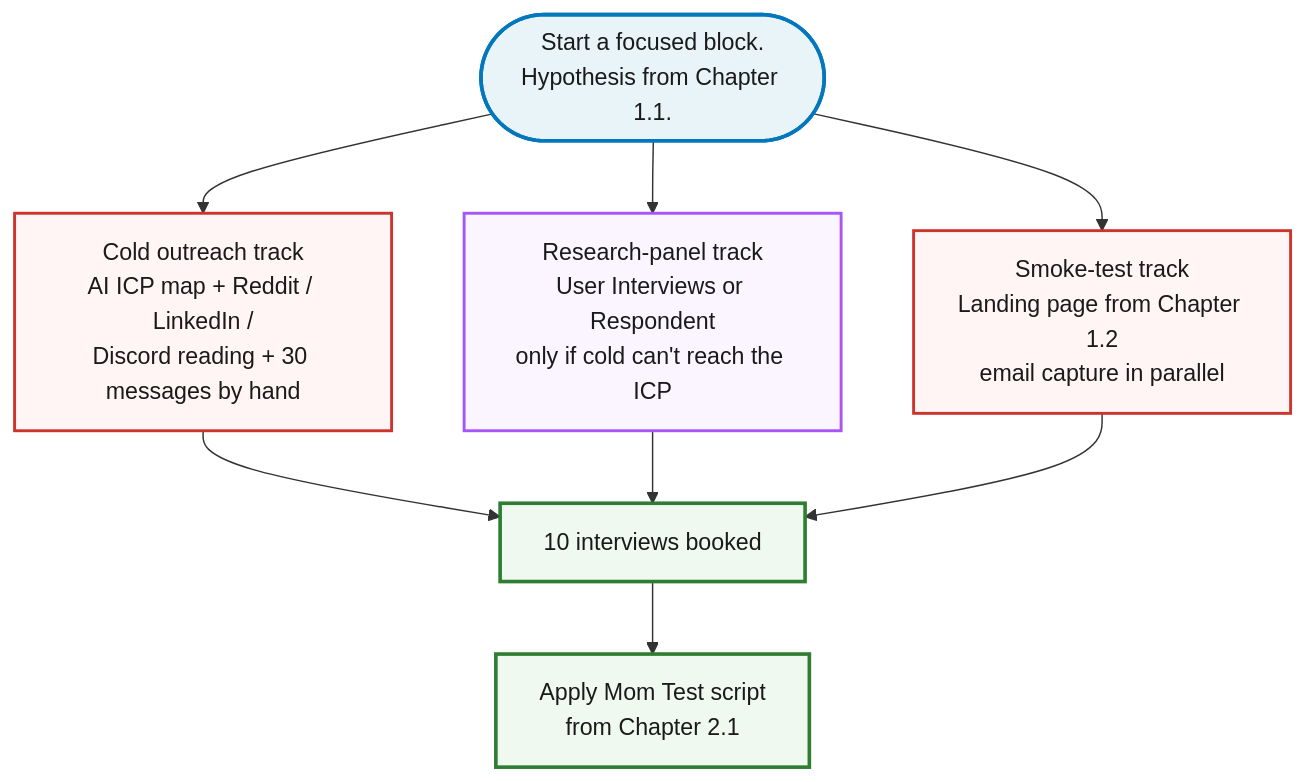
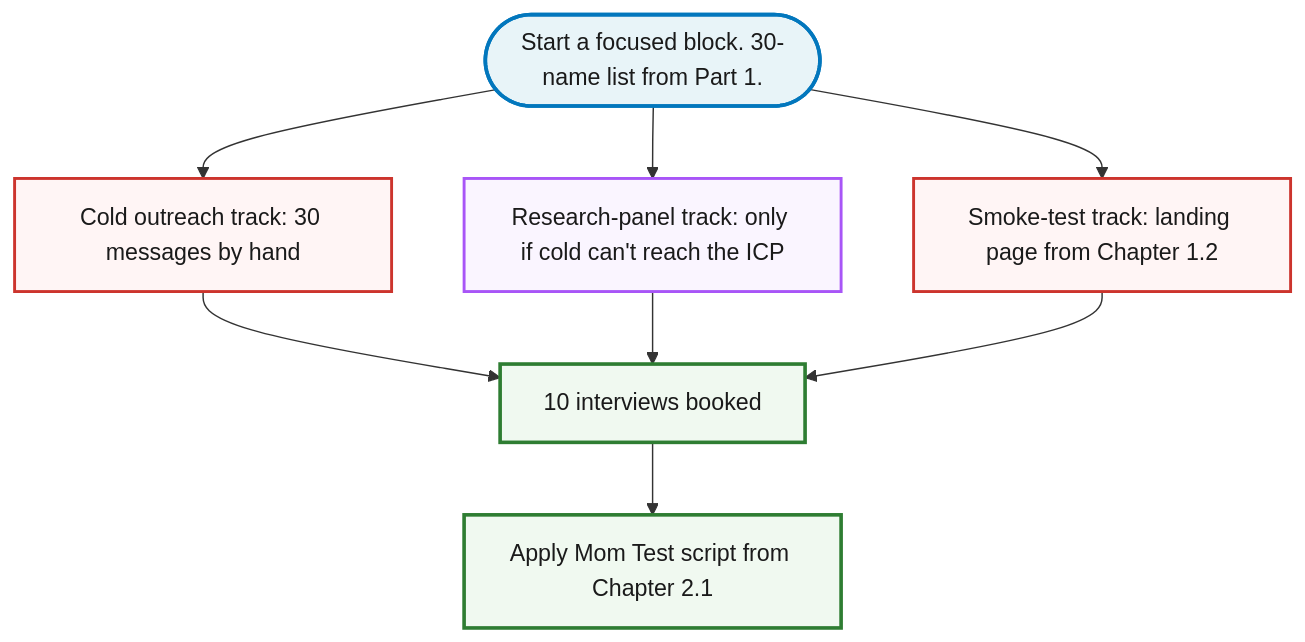
One commit to jetthoughts/jetthoughts.github.io changed the diagram in content/course/tech-for-non-technical-founders-2026/find-10-people-with-problem-outreach-2026/index.md. Above: the diagram before and after it, drawn with Mermaid. The commit also changed other lines of this file and 31 other files, not shown here.

````diff
--- a/content/course/tech-for-non-technical-founders-2026/find-10-people-with-problem-outreach-2026/index.md
+++ b/content/course/tech-for-non-technical-founders-2026/find-10-people-with-problem-outreach-2026/index.md
@@ -255,22 +133,22 @@
 ```mermaid
 %%{init: {'theme':'base', 'themeVariables': {'fontFamily':'Caveat, Patrick Hand, cursive', 'primaryColor':'#fff5f5', 'primaryBorderColor':'#cc342d', 'lineColor':'#333', 'primaryTextColor':'#1a1a1a'}}}%%
 flowchart TD
-    A(["Start a focused block.<br/>Hypothesis from Chapter 1.1."])
-    A --> B[Cold outreach track<br/>AI ICP map + Reddit / LinkedIn /<br/>Discord reading + 30 messages by hand]
-    A --> C[Research-panel track<br/>User Interviews or Respondent<br/>only if cold can't reach the ICP]
-    A --> D[Smoke-test track<br/>Landing page from Chapter 1.2<br/>email capture in parallel]
+    A(["Start a focused block. 30-name list from Part 1."])
+    A --> B[Cold outreach track: 30 messages by hand]
+    A --> C[Research-panel track: only if cold can't reach the ICP]
+    A --> D[Smoke-test track: landing page from Chapter 1.2]
     B --> E[10 interviews booked]
     C --> E
     D --> E
-    E --> F[Apply Mom Test script<br/>from Chapter 2.1]
+    E --> F[Apply Mom Test script from Chapter 2.1]
 
     classDef start fill:#e8f4f8,stroke:#0277bd,stroke-width:2.5px,color:#1a1a1a
     classDef track fill:#fff5f5,stroke:#cc342d,stroke-width:2px,color:#1a1a1a
     classDef paid fill:#faf5ff,stroke:#a855f7,stroke-width:2px,color:#1a1a1a
     classDef goal fill:#f0f9f0,stroke:#2e7d32,stroke-width:2.5px,color:#1a1a1a
 
     class A start
     class B,D track
     class C paid
     class E,F goal
 ```
````
